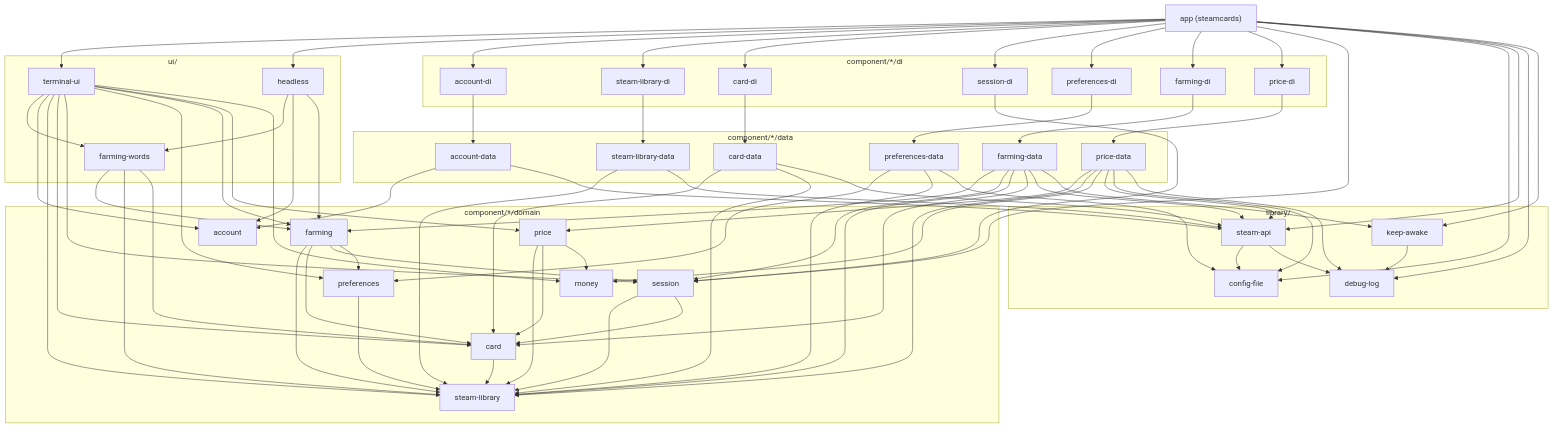
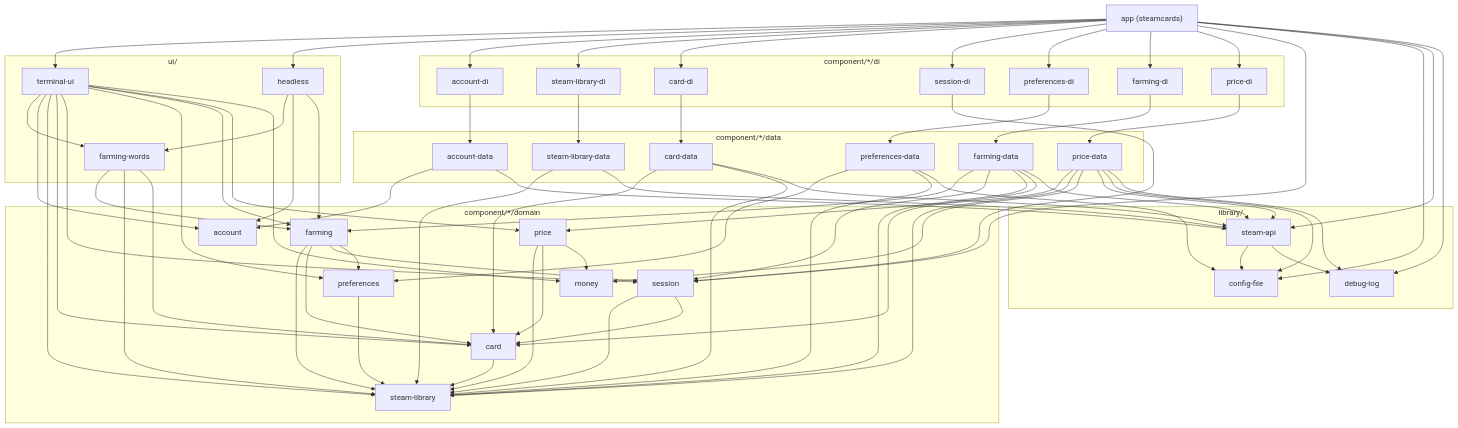
One commit to joshgallantt/steamcards changed the diagram in docs/architecture.md. Above: the diagram before and after it, drawn with Mermaid. The commit also changed other lines of this file and 18 other files, not shown here.

````diff
--- a/docs/architecture.md
+++ b/docs/architecture.md
@@ -416,72 +415,70 @@
 ```mermaid
 graph TD
     APP["app (steamcards)"]
 
     subgraph UI["ui/"]
         TUI[terminal-ui]
         HL[headless]
         FW[farming-words]
     end
 
     subgraph DI["component/*/di"]
         ADI[account-di]
         LDI[steam-library-di]
         CDI[card-di]
         SDI[session-di]
         PDI[preferences-di]
         FDI[farming-di]
         PRDI[price-di]
     end
 
     subgraph DATA["component/*/data"]
         AD[account-data]
         LD[steam-library-data]
         CD[card-data]
         PD[preferences-data]
         FD[farming-data]
         PRD[price-data]
     end
 
     subgraph DOMAIN["component/*/domain"]
         MON[money]
         ACC[account]
         LIB[steam-library]
         CARD[card]
         SES[session]
         PREF[preferences]
         FARM[farming]
         PRICE[price]
     end
 
     subgraph LIBS["library/"]
         SA[steam-api]
         CF[config-file]
         DL[debug-log]
-        KA[keep-awake]
     end
 
-    APP --> TUI & HL & ADI & LDI & CDI & SDI & PDI & FDI & PRDI & SES & CF & SA & DL & KA
+    APP --> TUI & HL & ADI & LDI & CDI & SDI & PDI & FDI & PRDI & SES & CF & SA & DL
     TUI --> FW & ACC & LIB & CARD & SES & PREF & FARM & PRICE & MON
     HL --> FW & ACC & FARM
     FW --> FARM & LIB & CARD
     ADI --> AD
     LDI --> LD
     CDI --> CD
     PDI --> PD
     FDI --> FD
     SDI --> SES
     PRDI --> PRD
     AD --> ACC & SA
     LD --> LIB & SA
     CD --> CARD & LIB & SA
     PD --> PREF & LIB & CF
-    FD --> FARM & SES & LIB & CARD & SA & KA
+    FD --> FARM & SES & LIB & CARD & SA
     PRD --> PRICE & LIB & MON & SA & CF & DL
     CARD --> LIB
     PREF --> LIB
     SES --> LIB & CARD
     FARM --> LIB & CARD & SES & PREF
     PRICE --> LIB & CARD & MON
     SA --> CF & DL
-    KA --> DL
 ```
````
